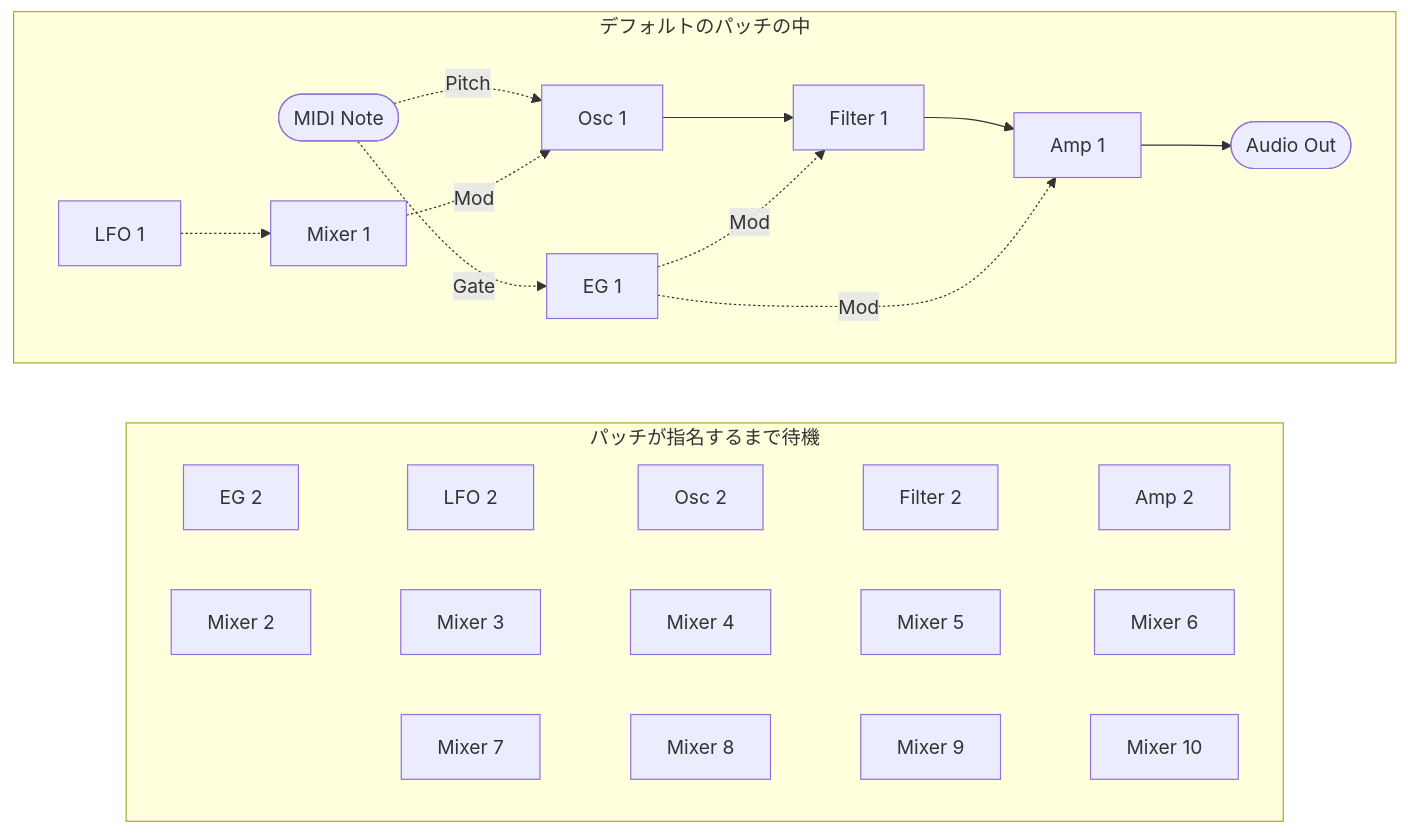
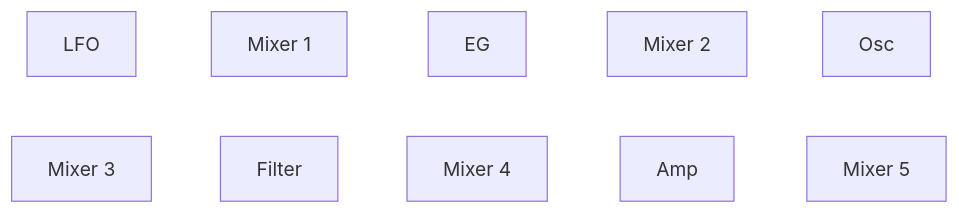
One commit to risgk/midi_synthesizer_spms1 changed the second of 2 diagrams in spms1_type0/README.ja.md. Above: the diagram before and after it, drawn with Mermaid. The commit also changed other lines of this file and 4 other files, not shown here.

````diff
--- a/spms1_type0/README.ja.md
+++ b/spms1_type0/README.ja.md
@@ -130,20 +126,5 @@
 ```mermaid
-flowchart TB
-  subgraph patched [デフォルトのパッチの中]
-    direction LR
-    NOTE([MIDI Note])
-    OSC1[Osc 1] --> FILTER1[Filter 1] --> AMP1[Amp 1] --> OUT([Audio Out])
-    NOTE -. Gate .-> EG1[EG 1]
-    NOTE -. Pitch .-> OSC1
-    LFO1[LFO 1] -.-> MIX1[Mixer 1] -. Mod .-> OSC1
-    EG1 -. Mod .-> FILTER1
-    EG1 -. Mod .-> AMP1
-  end
-  subgraph spare [パッチが指名するまで待機]
-    direction LR
-    EG2[EG 2] ~~~ LFO2[LFO 2] ~~~ OSC2[Osc 2] ~~~ FILTER2[Filter 2] ~~~ AMP2[Amp 2]
-    MIX2[Mixer 2] ~~~ MIX3[Mixer 3] ~~~ MIX4[Mixer 4] ~~~ MIX5[Mixer 5] ~~~ MIX6[Mixer 6]
-    MIX7[Mixer 7] ~~~ MIX8[Mixer 8] ~~~ MIX9[Mixer 9] ~~~ MIX10[Mixer 10]
-  end
-  patched ~~~ spare
+flowchart LR
+  LFO[LFO] ~~~ MIX1[Mixer 1] ~~~ EG[EG] ~~~ MIX2[Mixer 2] ~~~ OSC[Osc]
+  MIX3[Mixer 3] ~~~ FILTER[Filter] ~~~ MIX4[Mixer 4] ~~~ AMP[Amp] ~~~ MIX5[Mixer 5]
 ```
````
